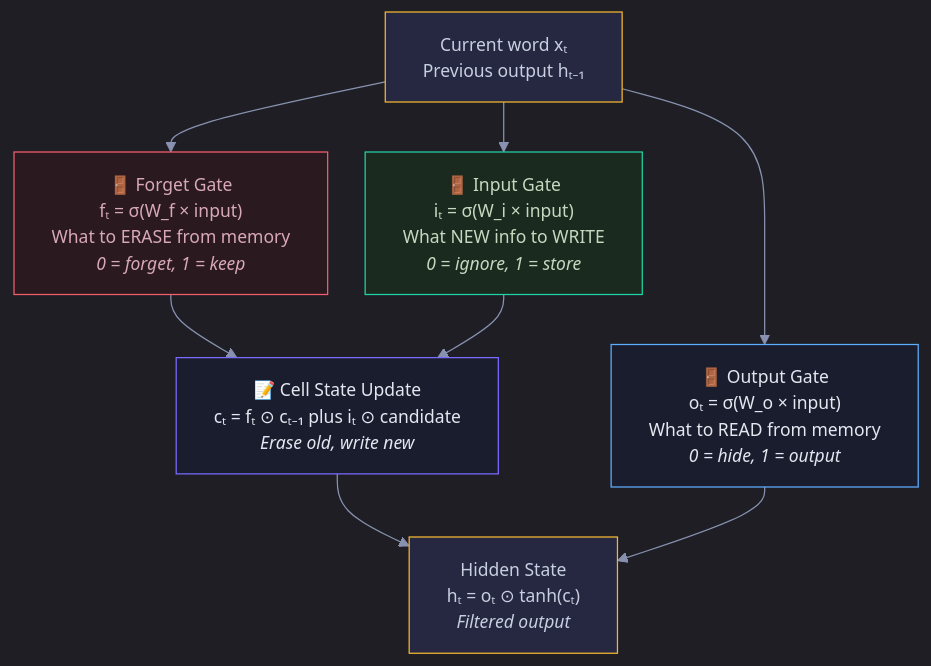
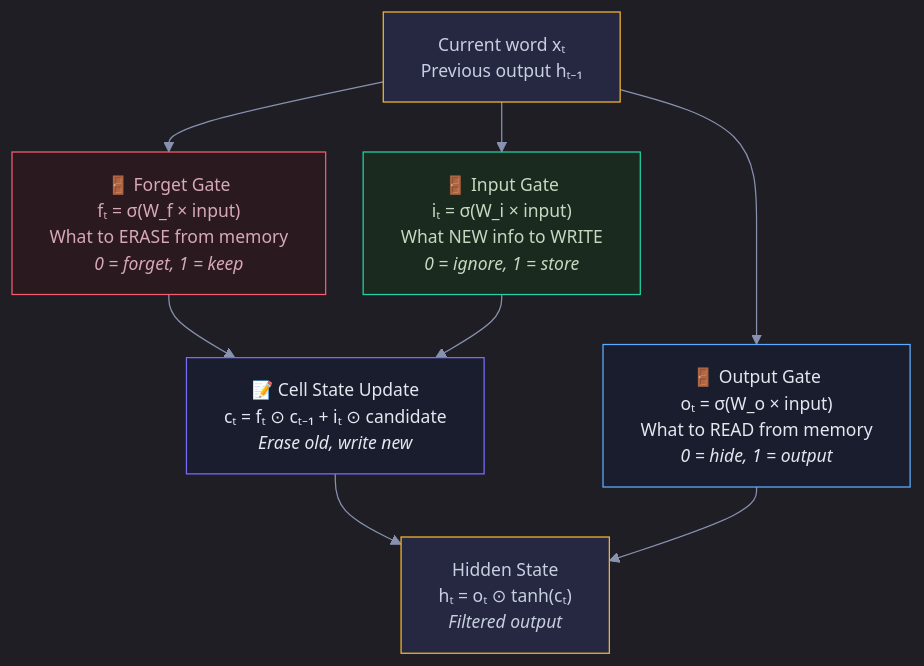
Before and after one commit to snehith1234/StudyCircle: the fifth of 10 diagrams in Documents/Visual_Guides/Deep_Learning/RNN_LSTM_Visual.md, drawn with Mermaid. The commit also changed other lines of this file and 10 other files, not shown here.

First line of the commit message:
Fix Mermaid formatting and add RNN/LSTM guides

````diff
--- a/Documents/Visual_Guides/Deep_Learning/RNN_LSTM_Visual.md
+++ b/Documents/Visual_Guides/Deep_Learning/RNN_LSTM_Visual.md
@@ -112,21 +112,21 @@
 ```mermaid
 %%{init: {'theme': 'dark', 'themeVariables': {'darkMode': true, 'background': '#0e1117', 'primaryColor': '#1a1d2e', 'primaryTextColor': '#e2e8f0', 'primaryBorderColor': '#2d3148', 'lineColor': '#8892b0', 'secondaryColor': '#252840', 'tertiaryColor': '#1a1d2e', 'fontSize': '14px', 'edgeLabelBackground': '#0e1117'}, 'flowchart': {'nodeSpacing': 30, 'rankSpacing': 40, 'padding': 15, 'htmlLabels': true}}}%%
 graph TD
     INPUT["Current word xₜ<br/>Previous output hₜ₋₁"] --> FG & IG & OG
 
     FG["🚪 Forget Gate<br/>fₜ = σ(W_f × input)<br/>What to ERASE from memory<br/><i>0 = forget, 1 = keep</i>"]
     IG["🚪 Input Gate<br/>iₜ = σ(W_i × input)<br/>What NEW info to WRITE<br/><i>0 = ignore, 1 = store</i>"]
     OG["🚪 Output Gate<br/>oₜ = σ(W_o × input)<br/>What to READ from memory<br/><i>0 = hide, 1 = output</i>"]
 
-    FG --> CELL["📝 Cell State Update<br/>cₜ = fₜ ⊙ cₜ₋₁ plus iₜ ⊙ candidate<br/><i>Erase old, write new</i>"]
+    FG --> CELL["📝 Cell State Update<br/>cₜ = fₜ ⊙ cₜ₋₁ + iₜ ⊙ candidate<br/><i>Erase old, write new</i>"]
     IG --> CELL
     CELL --> HIDDEN["Hidden State<br/>hₜ = oₜ ⊙ tanh(cₜ)<br/><i>Filtered output</i>"]
     OG --> HIDDEN
 
     style INPUT fill:#252840,stroke:#f5b731,color:#c8cfe0
     style FG fill:#2a1a1f,stroke:#f45d6d,color:#d8a8b8
     style IG fill:#1a2a1f,stroke:#22d3a7,color:#c8d8c0
     style OG fill:#1a1d2e,stroke:#5eaeff,color:#e2e8f0
     style CELL fill:#1a1d2e,stroke:#7c6aff,color:#e2e8f0
     style HIDDEN fill:#252840,stroke:#f5b731,color:#c8cfe0
 ```
````
